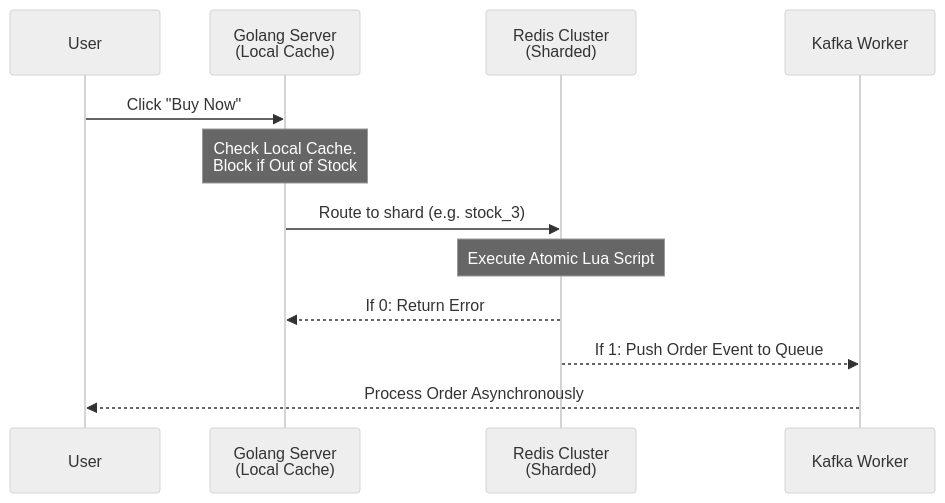
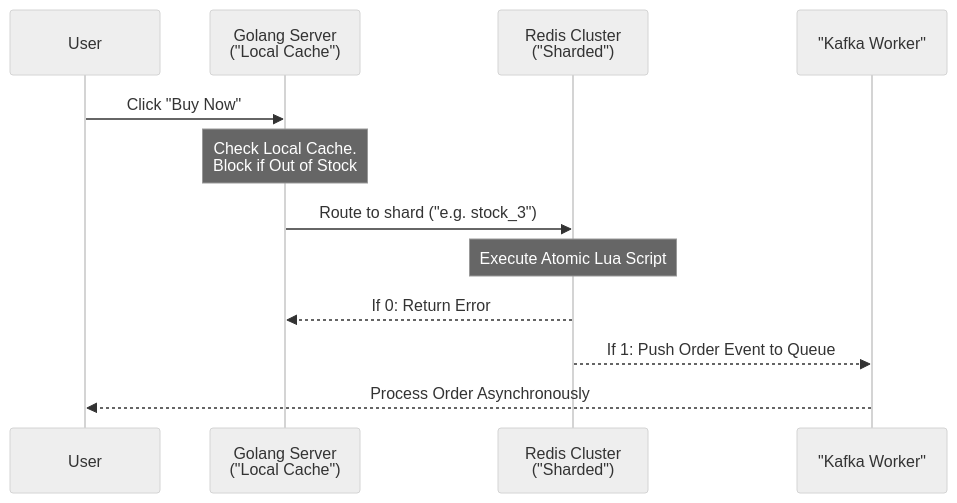
The diagram in content/series/shopee-architecture/02-flash-sale-engine.md (vesviet/vesviet), drawn with Mermaid (neutral theme) before and after one commit. The commit also changed other lines of this file and 331 other files, not shown here.

````diff
--- a/content/series/shopee-architecture/02-flash-sale-engine.md
+++ b/content/series/shopee-architecture/02-flash-sale-engine.md
@@ -221,15 +224,15 @@
 ```mermaid
 sequenceDiagram
     participant User
-    participant App as Golang Server<br/>(Local Cache)
-    participant Redis as Redis Cluster<br/>(Sharded)
-    participant Worker as Kafka Worker
+    participant App as Golang Server<br/>("Local Cache")
+    participant Redis as Redis Cluster<br/>("Sharded")
+    participant Worker as "Kafka Worker"
     
     User->>App: Click "Buy Now"
     Note over App: Check Local Cache.<br/>Block if Out of Stock
-    App->>Redis: Route to shard (e.g. stock_3)
+    App->>Redis: Route to shard ("e.g. stock_3")
     Note over Redis: Execute Atomic Lua Script
     Redis-->>App: If 0: Return Error
     Redis-->>Worker: If 1: Push Order Event to Queue
     Worker-->>User: Process Order Asynchronously
 ```
````
